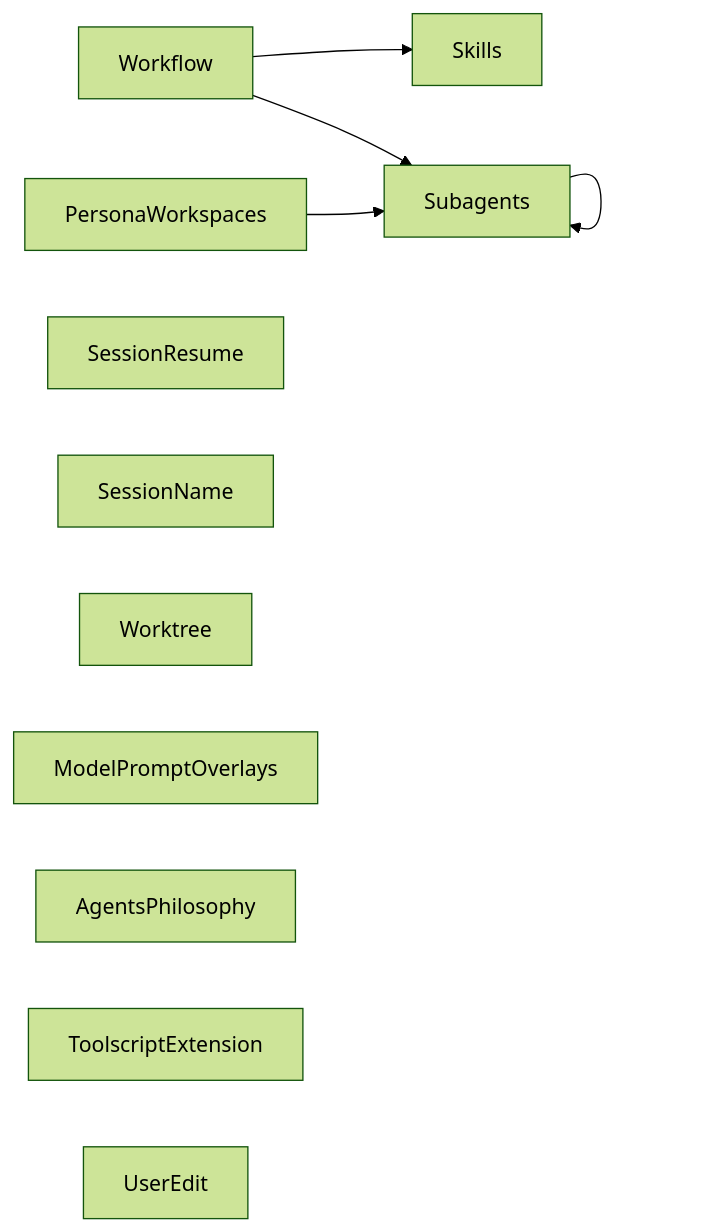
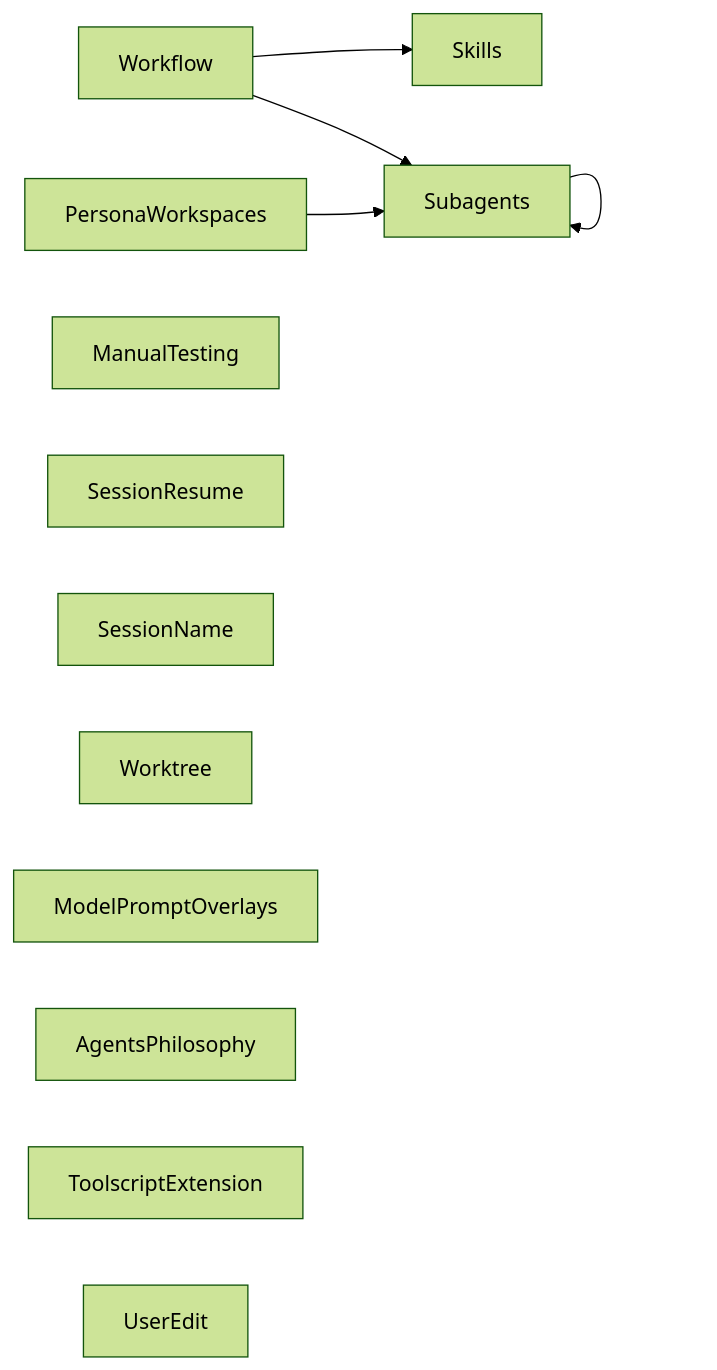
One commit to alennartz/my-pi changed the first of 2 diagrams in codemap.md. Above: the diagram before and after it, drawn with Mermaid (forest theme). The commit also changed other lines of this file and 13 other files, not shown here.

````diff
--- a/codemap.md
+++ b/codemap.md
@@ -7,14 +7,15 @@
 ```mermaid
 graph LR
   Workflow --> Skills
   Workflow --> Subagents
   Subagents --> Subagents
   PersonaWorkspaces --> Subagents
+  ManualTesting
   SessionResume
   SessionName
   Worktree
   ModelPromptOverlays
   AgentsPhilosophy
   ToolscriptExtension
   UserEdit
 ```
````
